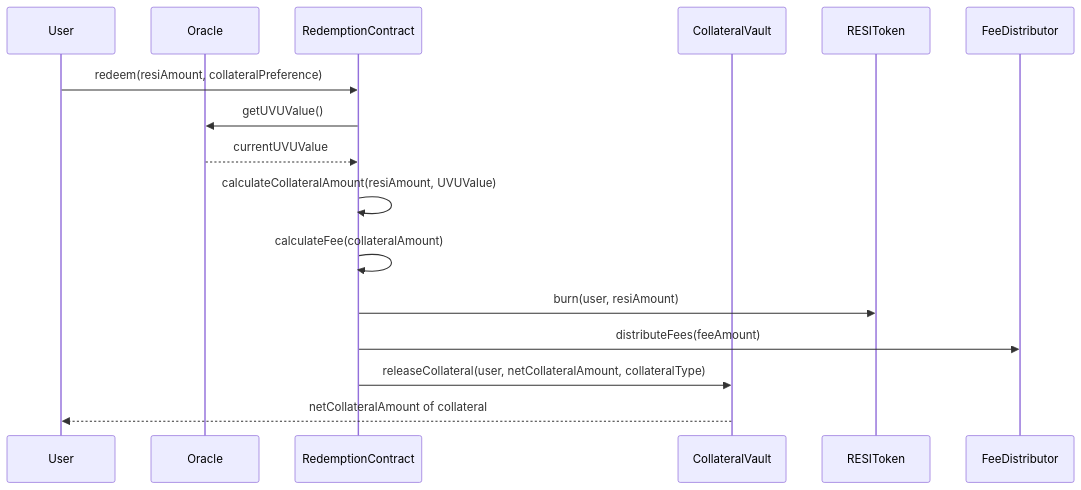
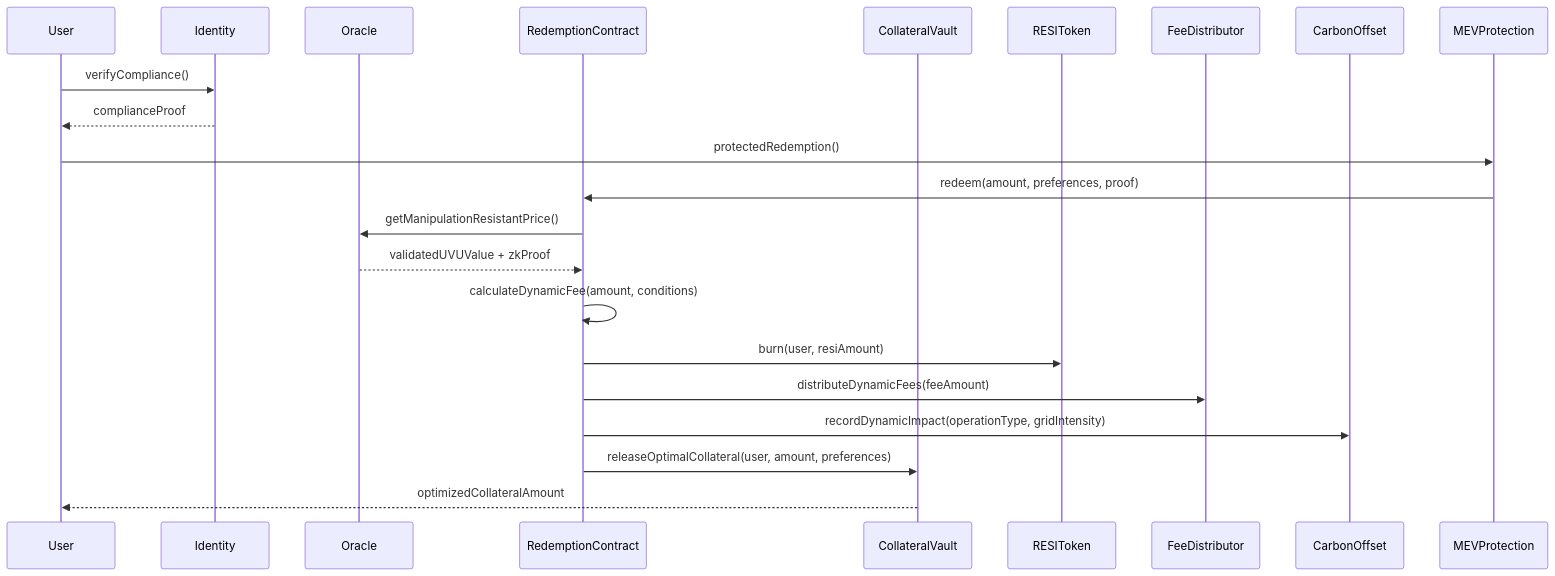
One commit to ResiProtocol/Resi_Protocol changed the second of 2 diagrams in docs/Technical_Deep_Dive/UVU_technical_architecture.md. Above: the diagram before and after it, drawn with Mermaid. The commit also changed other lines of this file, not shown here.

Commit message:
feat: update the UVU architecture document to reflect the research done into the tech

````diff
--- a/docs/Technical_Deep_Dive/UVU_technical_architecture.md
+++ b/docs/Technical_Deep_Dive/UVU_technical_architecture.md
@@ -525,19 +808,25 @@
 ```mermaid
 sequenceDiagram
     participant User
+    participant Identity
     participant Oracle
     participant RedemptionContract
     participant CollateralVault
     participant RESIToken
     participant FeeDistributor
+    participant CarbonOffset
+    participant MEVProtection
 
-    User->>RedemptionContract: redeem(resiAmount, collateralPreference)
-    RedemptionContract->>Oracle: getUVUValue()
-    Oracle-->>RedemptionContract: currentUVUValue
-    RedemptionContract->>RedemptionContract: calculateCollateralAmount(resiAmount, UVUValue)
-    RedemptionContract->>RedemptionContract: calculateFee(collateralAmount)
+    User->>Identity: verifyCompliance()
+    Identity-->>User: complianceProof
+    User->>MEVProtection: protectedRedemption()
+    MEVProtection->>RedemptionContract: redeem(amount, preferences, proof)
+    RedemptionContract->>Oracle: getManipulationResistantPrice()
+    Oracle-->>RedemptionContract: validatedUVUValue + zkProof
+    RedemptionContract->>RedemptionContract: calculateDynamicFee(amount, conditions)
     RedemptionContract->>RESIToken: burn(user, resiAmount)
-    RedemptionContract->>FeeDistributor: distributeFees(feeAmount)
-    RedemptionContract->>CollateralVault: releaseCollateral(user, netCollateralAmount, collateralType)
-    CollateralVault-->>User: netCollateralAmount of collateral
+    RedemptionContract->>FeeDistributor: distributeDynamicFees(feeAmount)
+    RedemptionContract->>CarbonOffset: recordDynamicImpact(operationType, gridIntensity)
+    RedemptionContract->>CollateralVault: releaseOptimalCollateral(user, amount, preferences)
+    CollateralVault-->>User: optimizedCollateralAmount
 ```
````
